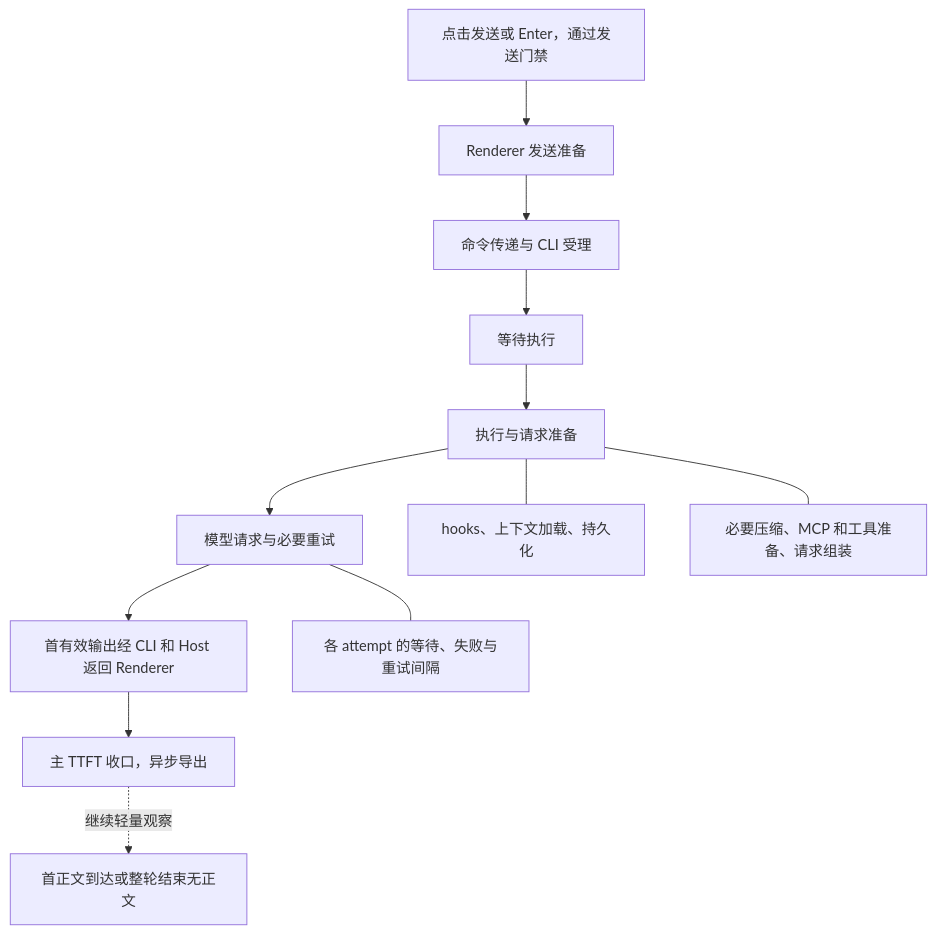
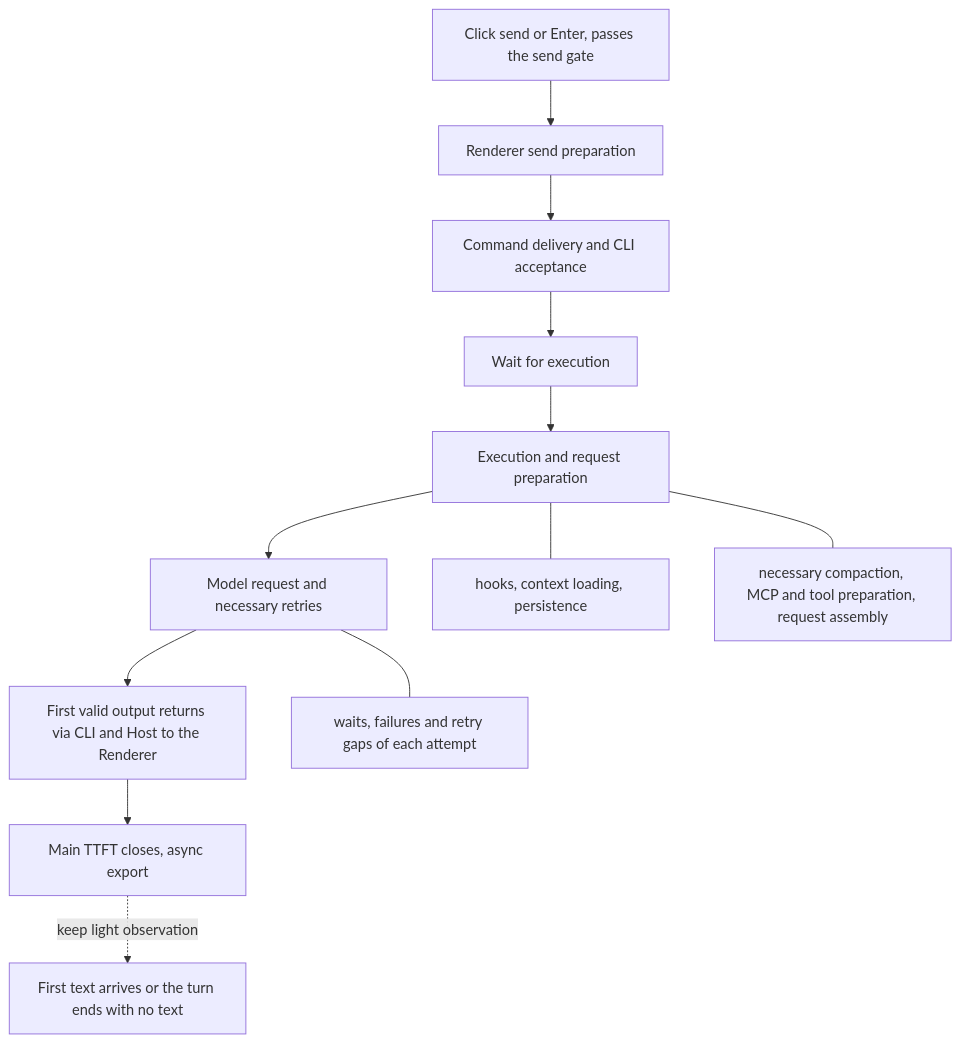
One commit to osben/ZCode changed the diagram in docs/monitoring/ttft-stage-telemetry.md. Above: the diagram before and after it, drawn with Mermaid. The commit also changed other lines of this file and 21 other files, not shown here.

````diff
--- a/docs/monitoring/ttft-stage-telemetry.md
+++ b/docs/monitoring/ttft-stage-telemetry.md
@@ -24,14 +36,14 @@
 ```mermaid
 flowchart TD
-    A[点击发送或 Enter，通过发送门禁] --> B[Renderer 发送准备]
-    B --> C[命令传递与 CLI 受理]
-    C --> D[等待执行]
-    D --> E[执行与请求准备]
-    E --> F[模型请求与必要重试]
-    F --> G[首有效输出经 CLI 和 Host 返回 Renderer]
-    G --> H[主 TTFT 收口，异步导出]
-    H -. 继续轻量观察 .-> I[首正文到达或整轮结束无正文]
-    E --- E1[hooks、上下文加载、持久化]
-    E --- E2[必要压缩、MCP 和工具准备、请求组装]
-    F --- F1[各 attempt 的等待、失败与重试间隔]
+    A[Click send or Enter, passes the send gate] --> B[Renderer send preparation]
+    B --> C[Command delivery and CLI acceptance]
+    C --> D[Wait for execution]
+    D --> E[Execution and request preparation]
+    E --> F[Model request and necessary retries]
+    F --> G[First valid output returns via CLI and Host to the Renderer]
+    G --> H[Main TTFT closes, async export]
+    H -. keep light observation .-> I[First text arrives or the turn ends with no text]
+    E --- E1[hooks, context loading, persistence]
+    E --- E2[necessary compaction, MCP and tool preparation, request assembly]
+    F --- F1[waits, failures and retry gaps of each attempt]
 ```
````
